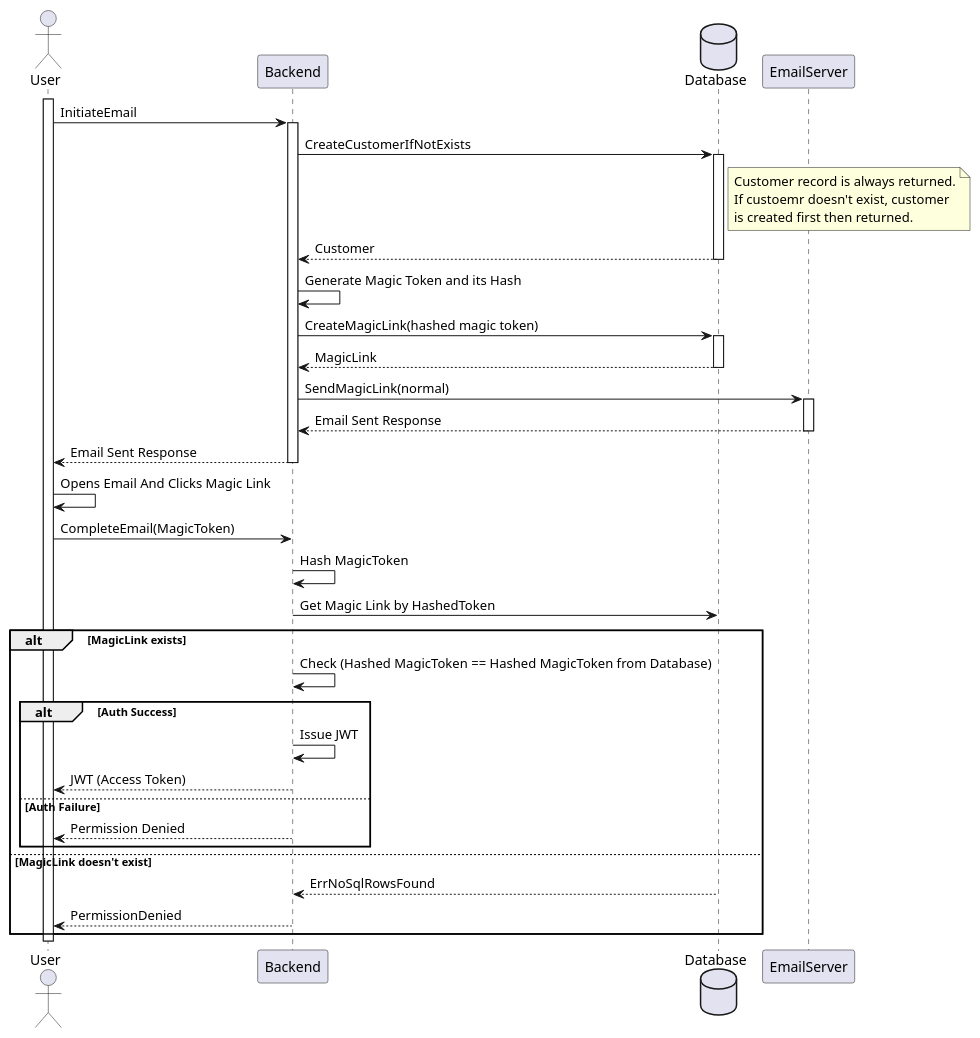
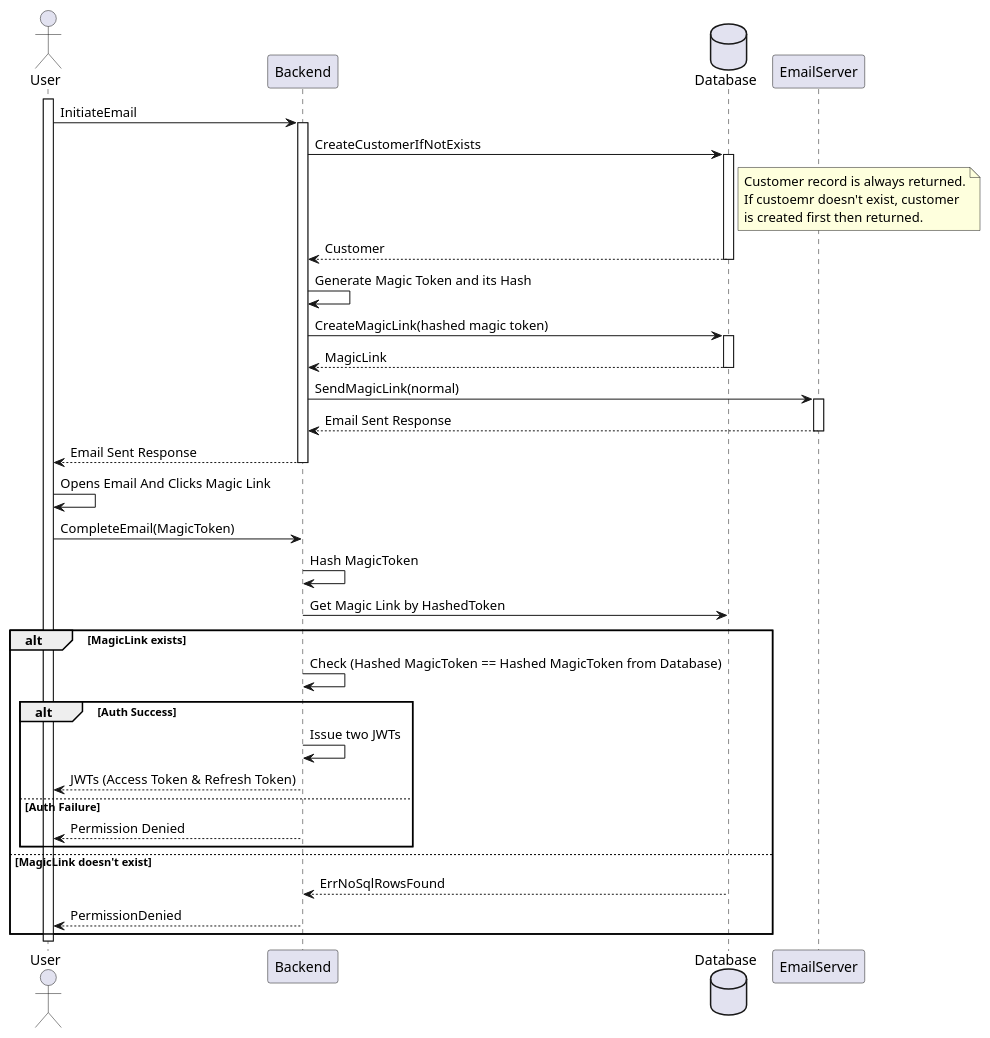
Before and after one commit to jadwalapp/symmetrical-spoon: the first of 14 diagrams in docs/diagrams/sequence-diagrams/all-sequence-diagrams.puml, drawn with PlantUML. The commit also changed 16 other files, not shown here.

Commit message:
fix the continue with email diagram, like fix the typos

```diff
--- a/docs/diagrams/sequence-diagrams/all-sequence-diagrams.puml
+++ b/docs/diagrams/sequence-diagrams/all-sequence-diagrams.puml
@@ -1,46 +1,46 @@
 @startuml Continue with Email
 actor User
 participant Backend
 database Database
 participant EmailServer
 
 activate User
 
 User -> Backend ++ : InitiateEmail
 
 Backend -> Database ++ : CreateCustomerIfNotExists
 note right of Database : Customer record is always returned.\nIf custoemr doesn't exist, customer\nis created first then returned.
 Database --> Backend -- : Customer
 
 Backend -> Backend : Generate Magic Token and its Hash
 
 Backend -> Database ++ : CreateMagicLink(hashed magic token)
 Database --> Backend -- : MagicLink
 
 Backend -> EmailServer ++ : SendMagicLink(normal)
 EmailServer --> Backend -- : Email Sent Response
 
 Backend --> User -- : Email Sent Response
 
 User -> User : Opens Email And Clicks Magic Link
 
 User -> Backend : CompleteEmail(MagicToken)
 
 Backend -> Backend : Hash MagicToken
 
 Backend -> Database : Get Magic Link by HashedToken
 alt MagicLink exists
     Backend -> Backend : Check (Hashed MagicToken == Hashed MagicToken from Database)
     alt Auth Success
-        Backend -> Backend : Issue JWT
-        Backend --> User : JWT (Access Token)
+        Backend -> Backend : Issue two JWTs
+        Backend --> User : JWTs (Access Token & Refresh Token)
     else Auth Failure
         Backend --> User : Permission Denied
     end
 else MagicLink doesn't exist
     Database --> Backend : ErrNoSqlRowsFound
     Backend --> User : PermissionDenied
 end
 
 deactivate User
 @enduml
```
